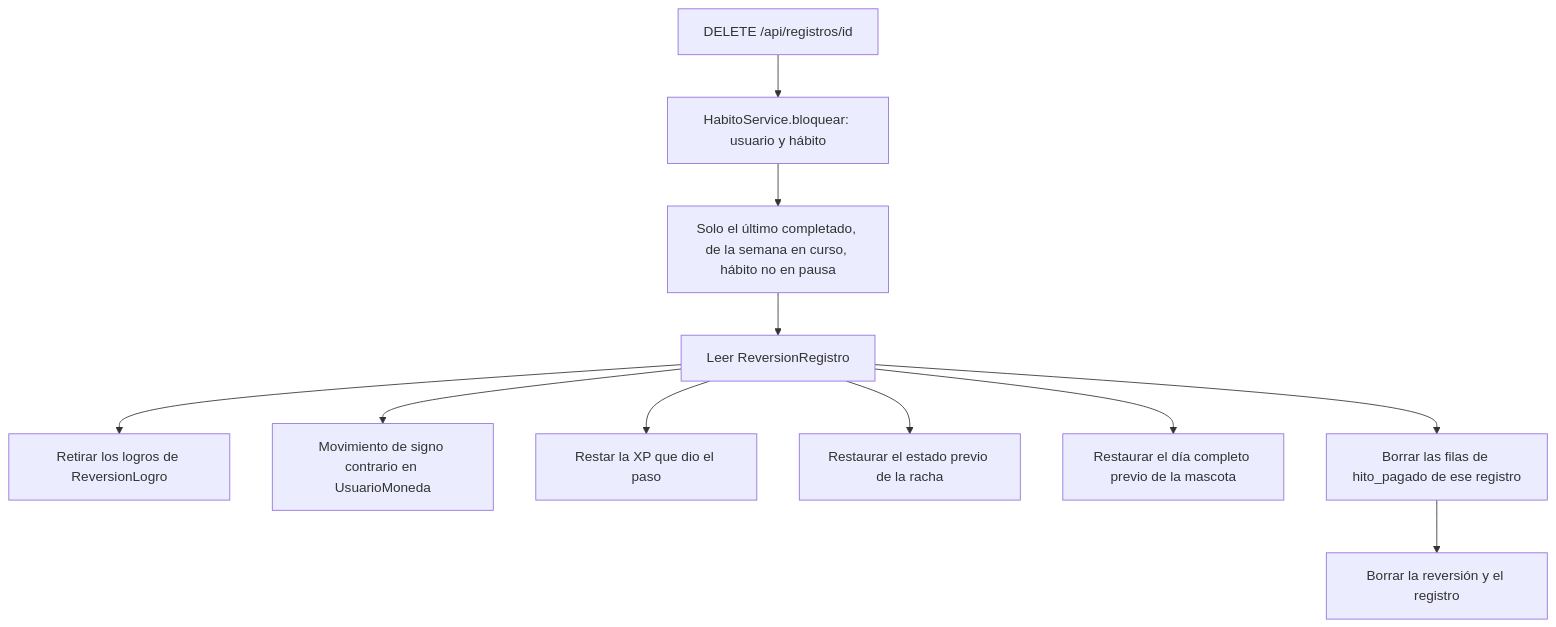
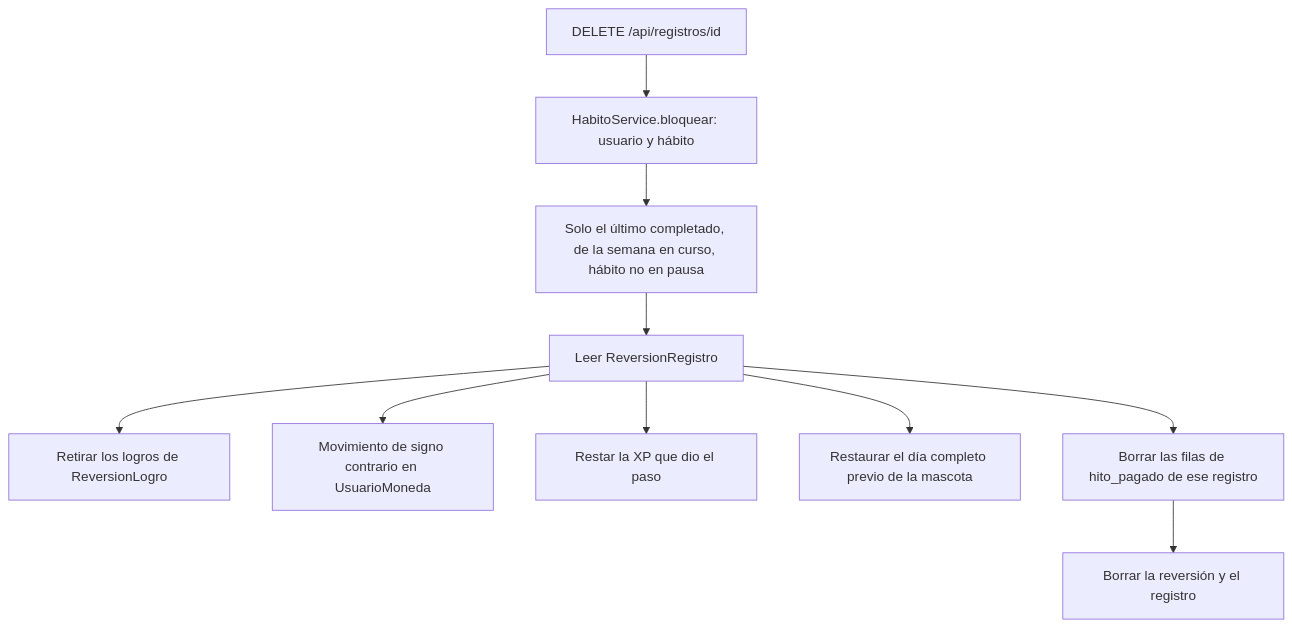
The eighth of 8 diagrams in docs/Logicas/05-diagramas-uml.md (jgrabalosa/habitos-app), drawn with Mermaid before and after one commit. The commit also changed other lines of this file and 21 other files, not shown here.

````diff
--- a/docs/Logicas/05-diagramas-uml.md
+++ b/docs/Logicas/05-diagramas-uml.md
@@ -576,13 +575,12 @@
 ```mermaid
 flowchart TD
     Deshacer[DELETE /api/registros/id] --> Bloqueo[HabitoService.bloquear: usuario y hábito]
     Bloqueo --> Reglas[Solo el último completado, de la semana en curso, hábito no en pausa]
     Reglas --> Reversion[Leer ReversionRegistro]
     Reversion --> Logros[Retirar los logros de ReversionLogro]
     Reversion --> Monedas[Movimiento de signo contrario en UsuarioMoneda]
     Reversion --> XP[Restar la XP que dio el paso]
-    Reversion --> Racha[Restaurar el estado previo de la racha]
     Reversion --> Mascota[Restaurar el día completo previo de la mascota]
     Reversion --> Hito[Borrar las filas de hito_pagado de ese registro]
     Hito --> Borrar[Borrar la reversión y el registro]
 ```
````
